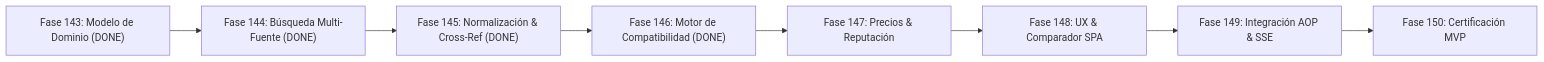
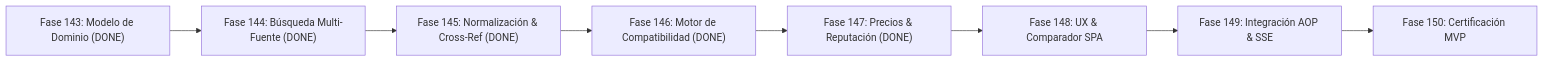
Before and after one commit to johangonzahenri/ai-operating-platform: the third of 4 diagrams in docs/MASTER_WORK_PLAN.md, drawn with Mermaid. The commit also changed other lines of this file and 22 other files, not shown here.

````diff
--- a/docs/MASTER_WORK_PLAN.md
+++ b/docs/MASTER_WORK_PLAN.md
@@ -670,10 +711,10 @@
 ```mermaid
 flowchart LR
     F143["Fase 143: Modelo de Dominio (DONE)"] --> F144["Fase 144: Búsqueda Multi-Fuente (DONE)"]
     F144 --> F145["Fase 145: Normalización & Cross-Ref (DONE)"]
     F145 --> F146["Fase 146: Motor de Compatibilidad (DONE)"]
-    F146 --> F147["Fase 147: Precios & Reputación"]
+    F146 --> F147["Fase 147: Precios & Reputación (DONE)"]
     F147 --> F148["Fase 148: UX & Comparador SPA"]
     F148 --> F149["Fase 149: Integración AOP & SSE"]
     F149 --> F150["Fase 150: Certificación MVP"]
 ```
````
